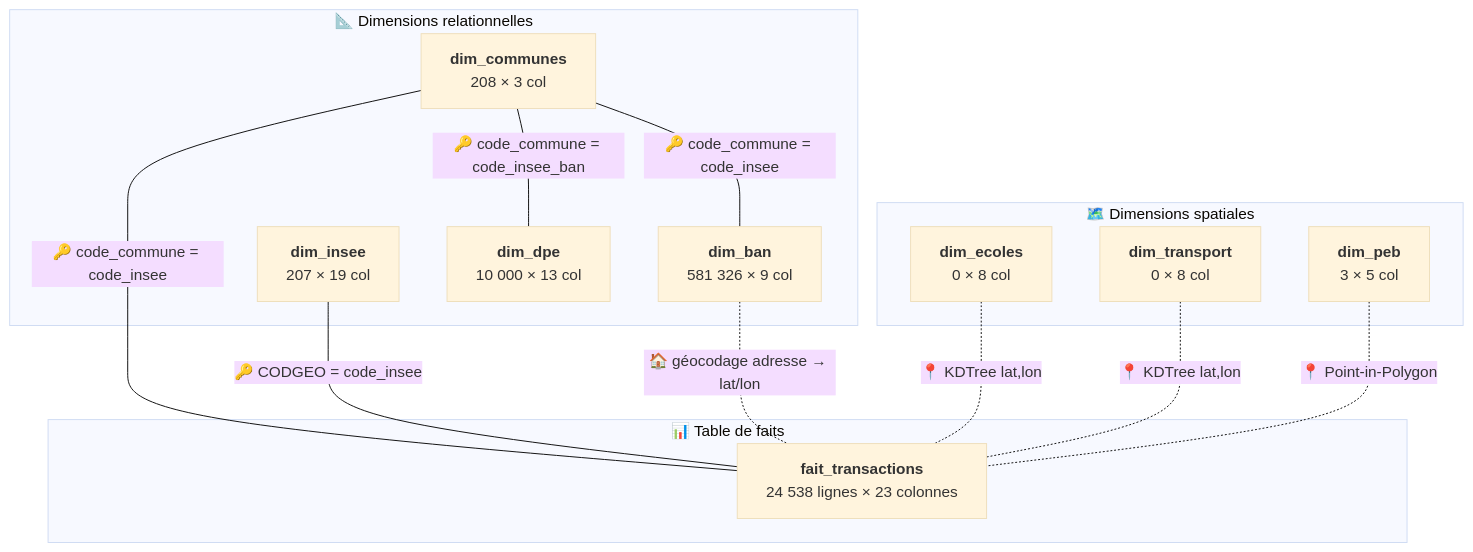
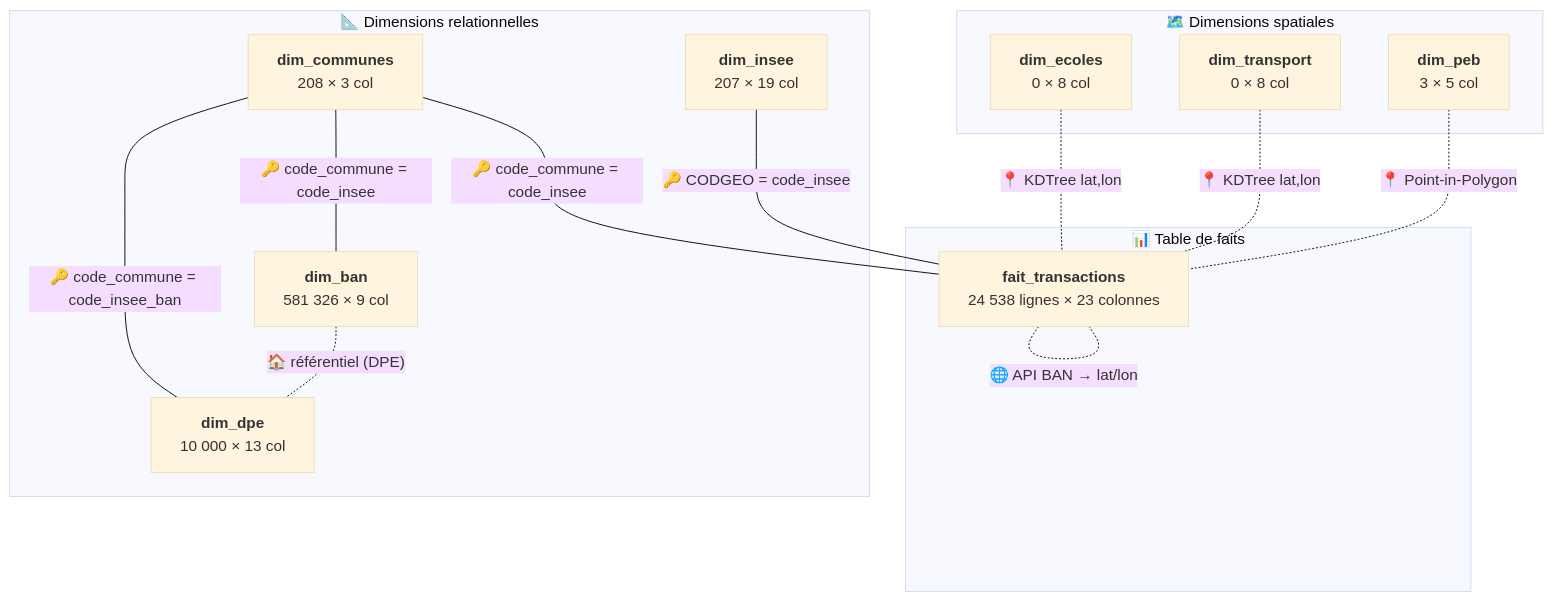
The first of 2 diagrams in dictionnaire_donnees.md (ArthurArctique/SAE-601-Nantes), drawn with Mermaid (base theme) before and after one commit. The commit also changed other lines of this file, not shown here.

Commit message:
docs: mise à jour du dictionnaire de données (géocodage API BAN)

````diff
--- a/dictionnaire_donnees.md
+++ b/dictionnaire_donnees.md
@@ -9,28 +9,29 @@
 ```mermaid
 graph TD
     subgraph "📊 Table de faits"
         FT["<b>fait_transactions</b><br/>24 538 lignes × 23 colonnes"]
     end
 
     subgraph "📐 Dimensions relationnelles"
         DC["<b>dim_communes</b><br/>208 × 3 col"]
         DB["<b>dim_ban</b><br/>581 326 × 9 col"]
         DI["<b>dim_insee</b><br/>207 × 19 col"]
         DD["<b>dim_dpe</b><br/>10 000 × 13 col"]
     end
 
     subgraph "🗺️ Dimensions spatiales"
         DE["<b>dim_ecoles</b><br/>0 × 8 col"]
         DT["<b>dim_transport</b><br/>0 × 8 col"]
         DP["<b>dim_peb</b><br/>3 × 5 col"]
     end
 
     DC -- "🔑 code_commune = code_insee" --- FT
     DC -- "🔑 code_commune = code_insee" --- DB
     DI -- "🔑 CODGEO = code_insee" --- FT
     DC -- "🔑 code_commune = code_insee_ban" --- DD
-    DB -. "🏠 géocodage adresse → lat/lon" .- FT
+    DB -. "🏠 référentiel (DPE)" .- DD
+    FT -. "🌐 API BAN → lat/lon" .- FT
     DE -. "📍 KDTree lat,lon" .- FT
     DT -. "📍 KDTree lat,lon" .- FT
     DP -. "📍 Point-in-Polygon" .- FT
 ```
````
